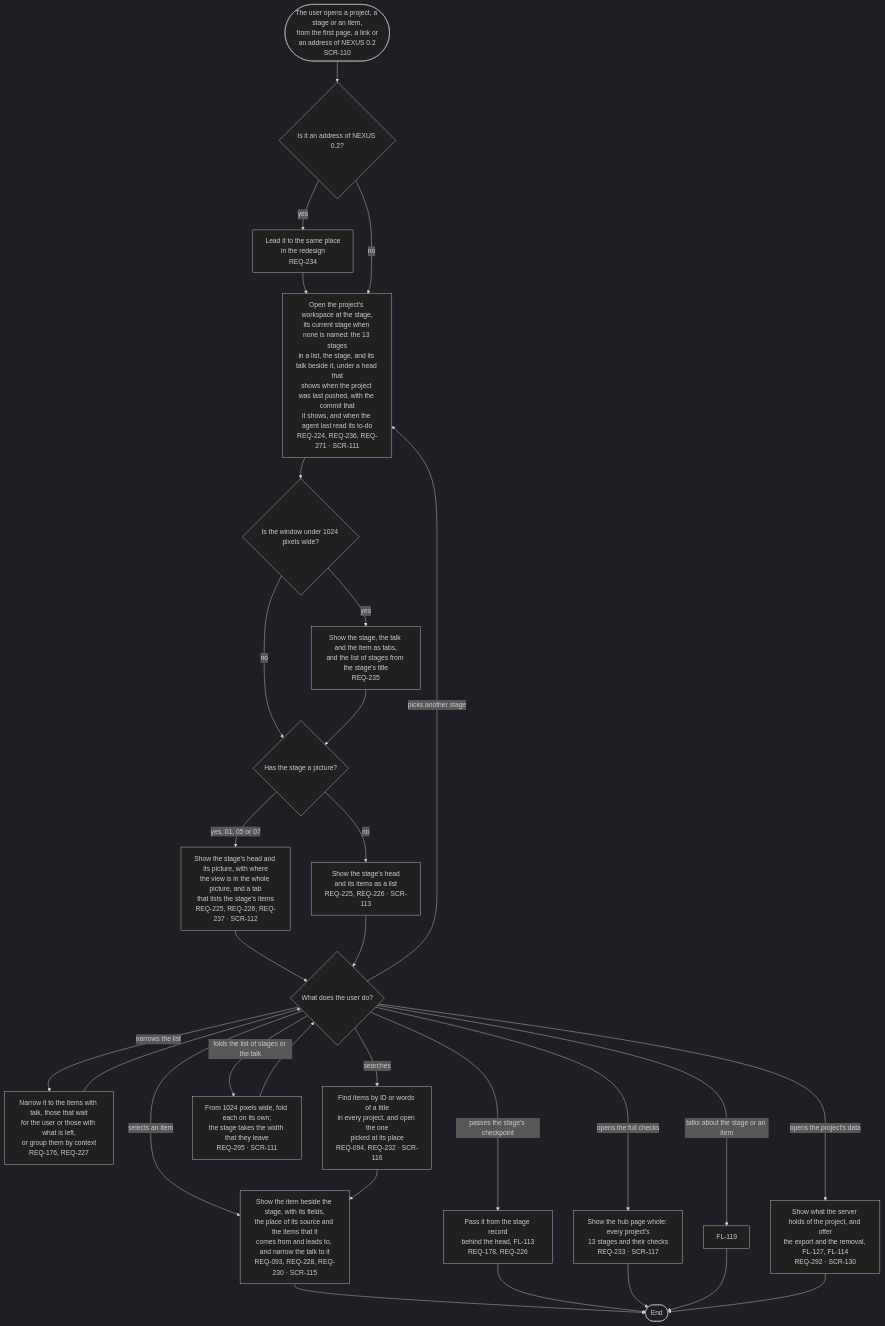
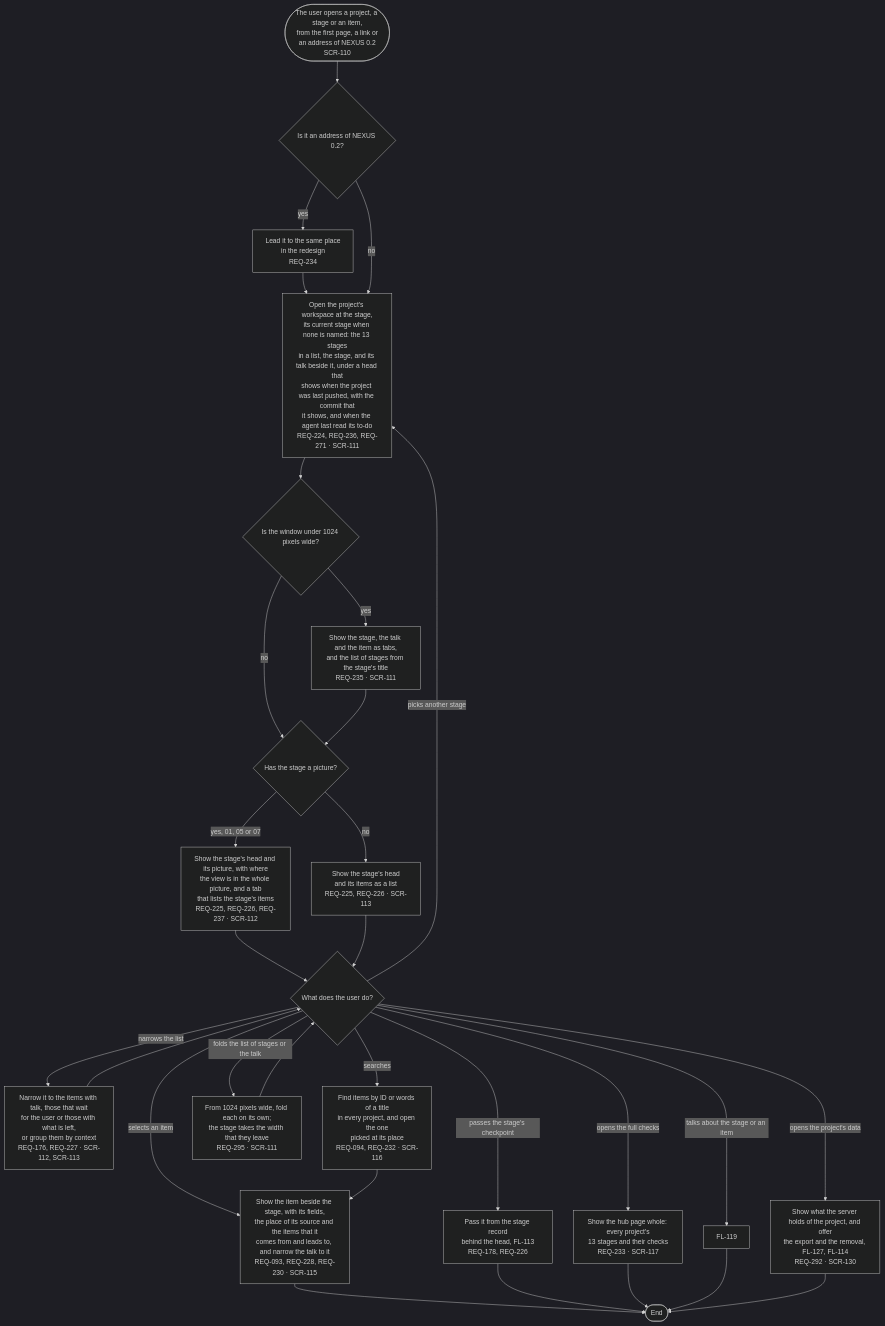
One commit to kodonghui/corthex-nexus changed the diagram in docs/03-user-flow/nexus/FL-118-find-the-way-in-a-project.md. Above: the diagram before and after it, drawn with Mermaid (dark theme). The commit also changed 22 other files, not shown here.

````diff
--- a/docs/03-user-flow/nexus/FL-118-find-the-way-in-a-project.md
+++ b/docs/03-user-flow/nexus/FL-118-find-the-way-in-a-project.md
@@ -9,32 +9,32 @@
 ```mermaid
 flowchart TD
   A(["The user opens a project, a stage or an item,<br/>from the first page, a link or<br/>an address of NEXUS 0.2<br/>SCR-110"]) --> B{"Is it an address of NEXUS 0.2?"}
   B -->|yes| B1["Lead it to the same place<br/>in the redesign<br/>REQ-234"]
   B1 --> C
   B -->|no| C["Open the project's workspace at the stage,<br/>its current stage when none is named: the 13 stages<br/>in a list, the stage, and its talk beside it, under a head that<br/>shows when the project was last pushed, with the commit that<br/>it shows, and when the agent last read its to-do<br/>REQ-224, REQ-236, REQ-271 · SCR-111"]
   C --> W{"Is the window under 1024 pixels wide?"}
-  W -->|yes| W1["Show the stage, the talk and the item as tabs,<br/>and the list of stages from the stage's title<br/>REQ-235"]
+  W -->|yes| W1["Show the stage, the talk and the item as tabs,<br/>and the list of stages from the stage's title<br/>REQ-235 · SCR-111"]
   W -->|no| D
   W1 --> D{"Has the stage a picture?"}
   D -->|yes, 01, 05 or 07| E["Show the stage's head and its picture, with where<br/>the view is in the whole picture, and a tab<br/>that lists the stage's items<br/>REQ-225, REQ-226, REQ-237 · SCR-112"]
   D -->|no| F["Show the stage's head<br/>and its items as a list<br/>REQ-225, REQ-226 · SCR-113"]
   E --> G{"What does the user do?"}
   F --> G
-  G -->|narrows the list| H["Narrow it to the items with talk, those that wait<br/>for the user or those with what is left,<br/>or group them by context<br/>REQ-176, REQ-227"]
+  G -->|narrows the list| H["Narrow it to the items with talk, those that wait<br/>for the user or those with what is left,<br/>or group them by context<br/>REQ-176, REQ-227 · SCR-112, SCR-113"]
   H --> G
   G -->|selects an item| I["Show the item beside the stage, with its fields,<br/>the place of its source and the items that it<br/>comes from and leads to, and narrow the talk to it<br/>REQ-093, REQ-228, REQ-230 · SCR-115"]
   I --> Z(["End"])
   G -->|picks another stage| C
   G -->|searches| J["Find items by ID or words of a title<br/>in every project, and open the one<br/>picked at its place<br/>REQ-094, REQ-232 · SCR-116"]
   J --> I
   G -->|passes the stage's checkpoint| K["Pass it from the stage record<br/>behind the head, FL-113<br/>REQ-178, REQ-226"]
   K --> Z
   G -->|opens the full checks| L["Show the hub page whole: every project's<br/>13 stages and their checks<br/>REQ-233 · SCR-117"]
   L --> Z
   G -->|talks about the stage or an item| M["FL-119"]
   M --> Z
   G -->|folds the list of stages or the talk| N["From 1024 pixels wide, fold each on its own;<br/>the stage takes the width that they leave<br/>REQ-295 · SCR-111"]
   N --> G
   G -->|opens the project's data| O["Show what the server holds of the project, and offer<br/>the export and the removal, FL-127, FL-114<br/>REQ-292 · SCR-130"]
   O --> Z
 ```
````
